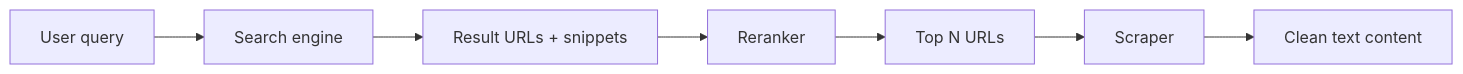
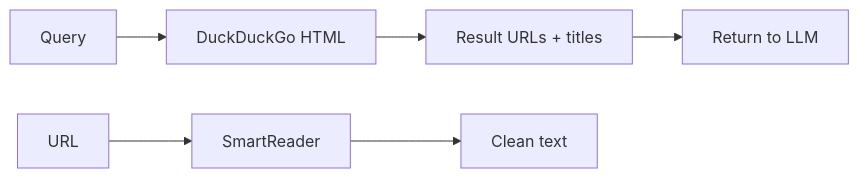
The diagram in Documentation/mcp-web.md (AlexMacocian/hyprchat), drawn with Mermaid before and after one commit. The commit also changed other lines of this file and 54 other files, not shown here.

````diff
--- a/Documentation/mcp-web.md
+++ b/Documentation/mcp-web.md
@@ -15,9 +12,8 @@
 ```mermaid
 flowchart LR
-    Q[User query] --> S[Search engine]
-    S --> R[Result URLs + snippets]
-    R --> RR[Reranker]
-    RR --> Top[Top N URLs]
-    Top --> SC[Scraper]
-    SC --> Content[Clean text content]
+    Q[Query] --> S[DuckDuckGo HTML]
+    S --> R[Result URLs + titles]
+    R --> Return[Return to LLM]
+    URL[URL] --> SR[SmartReader]
+    SR --> Content[Clean text]
 ```
````
